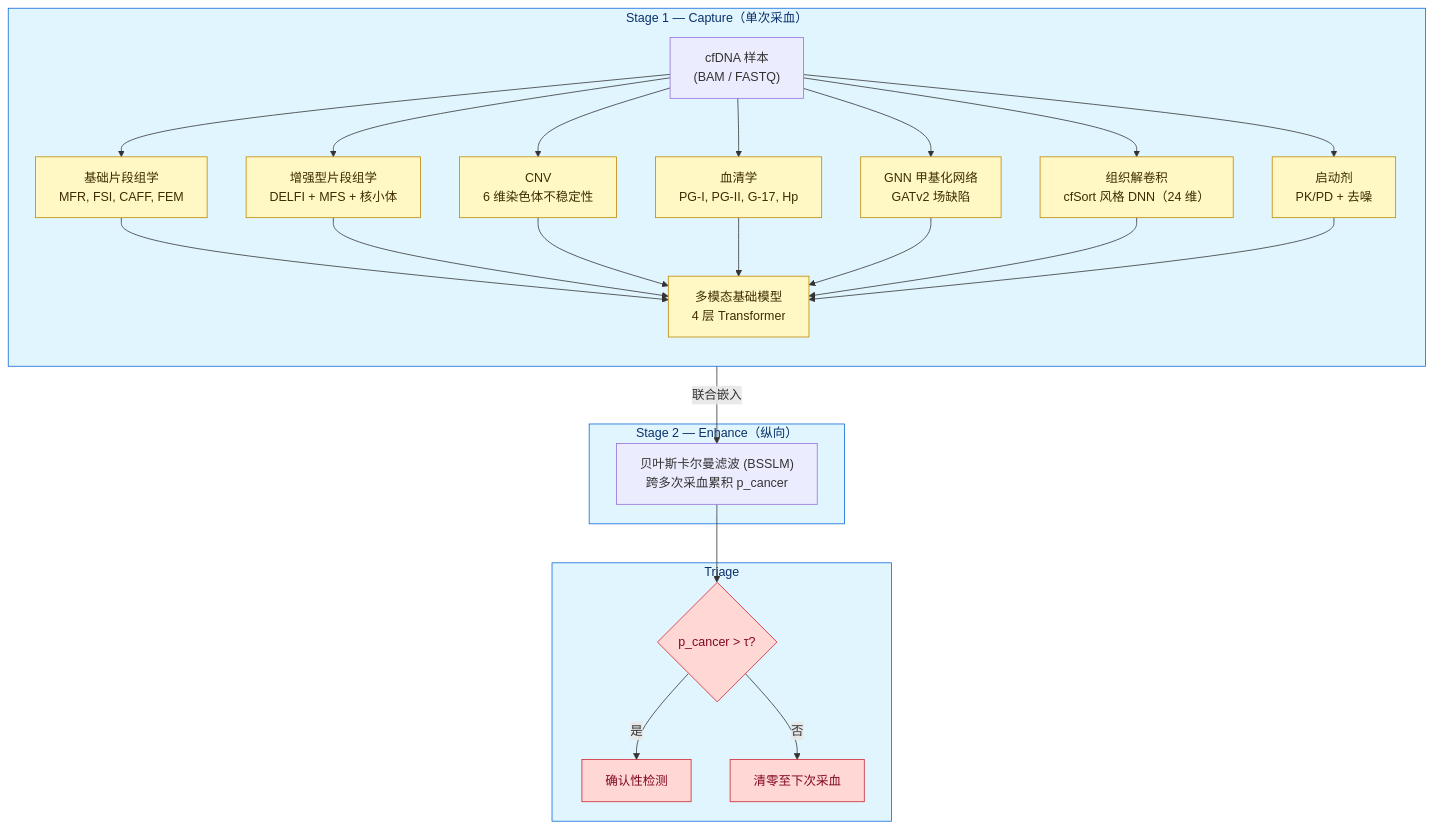
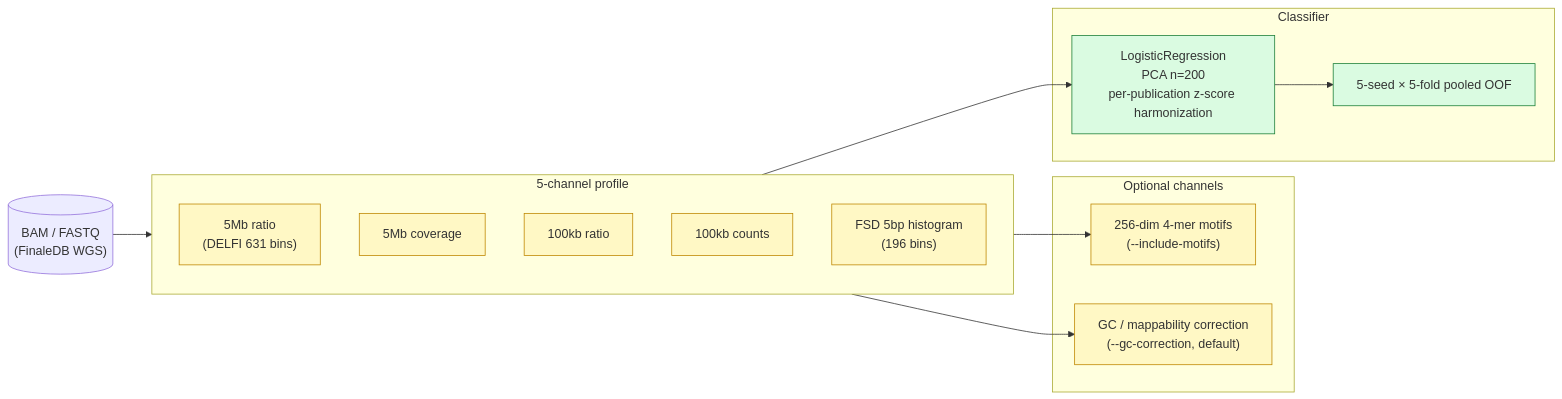
The diagram in README.zh-CN.md (rollroyces/deepcatch), drawn with Mermaid before and after one commit. The commit also changed other lines of this file and 6 other files, not shown here.

````diff
--- a/README.zh-CN.md
+++ b/README.zh-CN.md
@@ -79,37 +135,28 @@
 ```mermaid
-flowchart TB
-    Sample["cfDNA 样本<br/>(BAM / FASTQ)"]
-
-    subgraph S1["Stage 1 — Capture（单次采血）"]
-        direction TB
-        M1["基础片段组学<br/>MFR, FSI, CAFF, FEM"]
-        M2["增强型片段组学<br/>DELFI + MFS + 核小体"]
-        M3["CNV<br/>6 维染色体不稳定性"]
-        M4["血清学<br/>PG-I, PG-II, G-17, Hp"]
-        M5["GNN 甲基化网络<br/>GATv2 场缺陷"]
-        M6["组织解卷积<br/>cfSort 风格 DNN（24 维）"]
-        M7["启动剂<br/>PK/PD + 去噪"]
-        FM["多模态基础模型<br/>4 层 Transformer"]
-        Sample --> M1 & M2 & M3 & M4 & M5 & M6 & M7
-        M1 & M2 & M3 & M4 & M5 & M6 & M7 --> FM
+flowchart LR
+    BAM[("BAM / FASTQ<br/>(FinaleDB WGS)")]
+    subgraph S1["5-channel profile"]
+        M1["5Mb ratio<br/>(DELFI 631 bins)"]
+        M2["5Mb coverage"]
+        M3["100kb ratio"]
+        M4["100kb counts"]
+        M5["FSD 5bp histogram<br/>(196 bins)"]
     end
-
-    subgraph S2["Stage 2 — Enhance（纵向）"]
-        KF["贝叶斯卡尔曼滤波 (BSSLM)<br/>跨多次采血累积 p_cancer"]
-        FM -->|联合嵌入| KF
+    subgraph S2["Optional channels"]
+        M6["256-dim 4-mer motifs<br/>(--include-motifs)"]
+        M7["GC / mappability correction<br/>(--gc-correction, default)"]
     end
-
-    subgraph S3["Triage"]
-        THR{"p_cancer > τ?"}
-        KF --> THR
-        THR -->|是| CONF["确认性检测"]
-        THR -->|否| RET["清零至下次采血"]
+    subgraph S3["Classifier"]
+        LR["LogisticRegression<br/>PCA n=200<br/>per-publication z-score harmonization"]
+        OOF["5-seed × 5-fold pooled OOF"]
     end
-
-    classDef stage fill:#e1f5ff,stroke:#0969da,color:#0a3069
-    classDef mod fill:#fff8c5,stroke:#bf8700,color:#3d2c00
-    classDef decision fill:#ffd7d5,stroke:#cf222e,color:#82071e
-    class S1,S2,S3 stage
-    class M1,M2,M3,M4,M5,M6,M7,FM mod
-    class THR,CONF,RET decision
+    BAM --> S1
+    S1 --> M6
+    S1 --> M7
+    S1 --> LR
+    LR --> OOF
+    classDef mod fill:#fff8c5,stroke:#bf8700
+    classDef clf fill:#dafbe1,stroke:#1a7f37
+    class M1,M2,M3,M4,M5,M6,M7 mod
+    class LR,OOF clf
 ```
````
